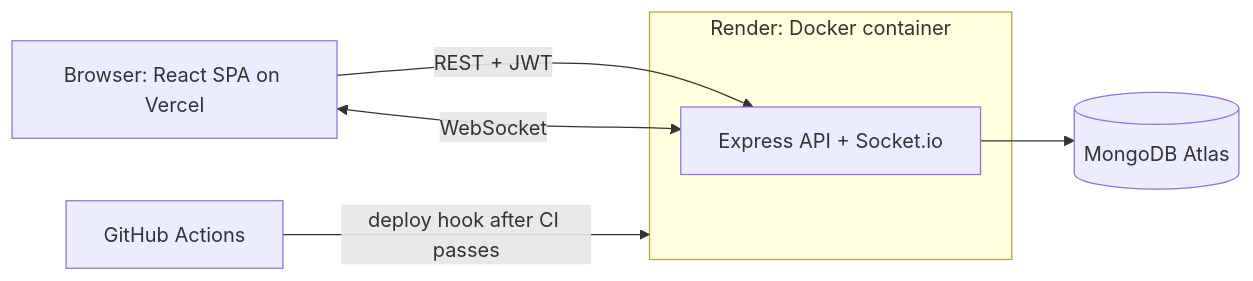
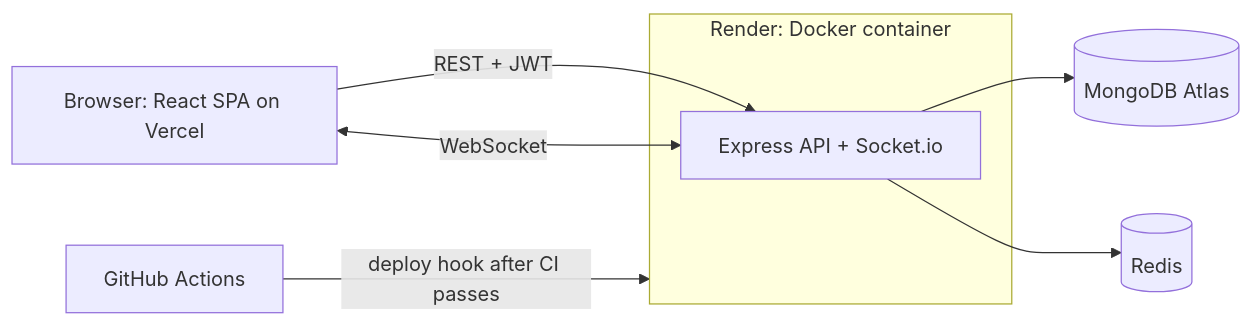
One commit to eka404/Multi_Tenant changed the diagram in README.md. Above: the diagram before and after it, drawn with Mermaid. The commit also changed other lines of this file and 14 other files, not shown here.

````diff
--- a/README.md
+++ b/README.md
@@ -38,10 +39,11 @@
 ```mermaid
 flowchart LR
     U[Browser: React SPA on Vercel] -->|REST + JWT| A
     U <-->|WebSocket| A
-    subgraph R[Render: Docker container]
+    subgraph Render[Render: Docker container]
         A[Express API + Socket.io]
     end
     A --> D[(MongoDB Atlas)]
-    G[GitHub Actions] -->|deploy hook after CI passes| R
+    A --> R[(Redis)]
+    G[GitHub Actions] -->|deploy hook after CI passes| Render
 ```
````
